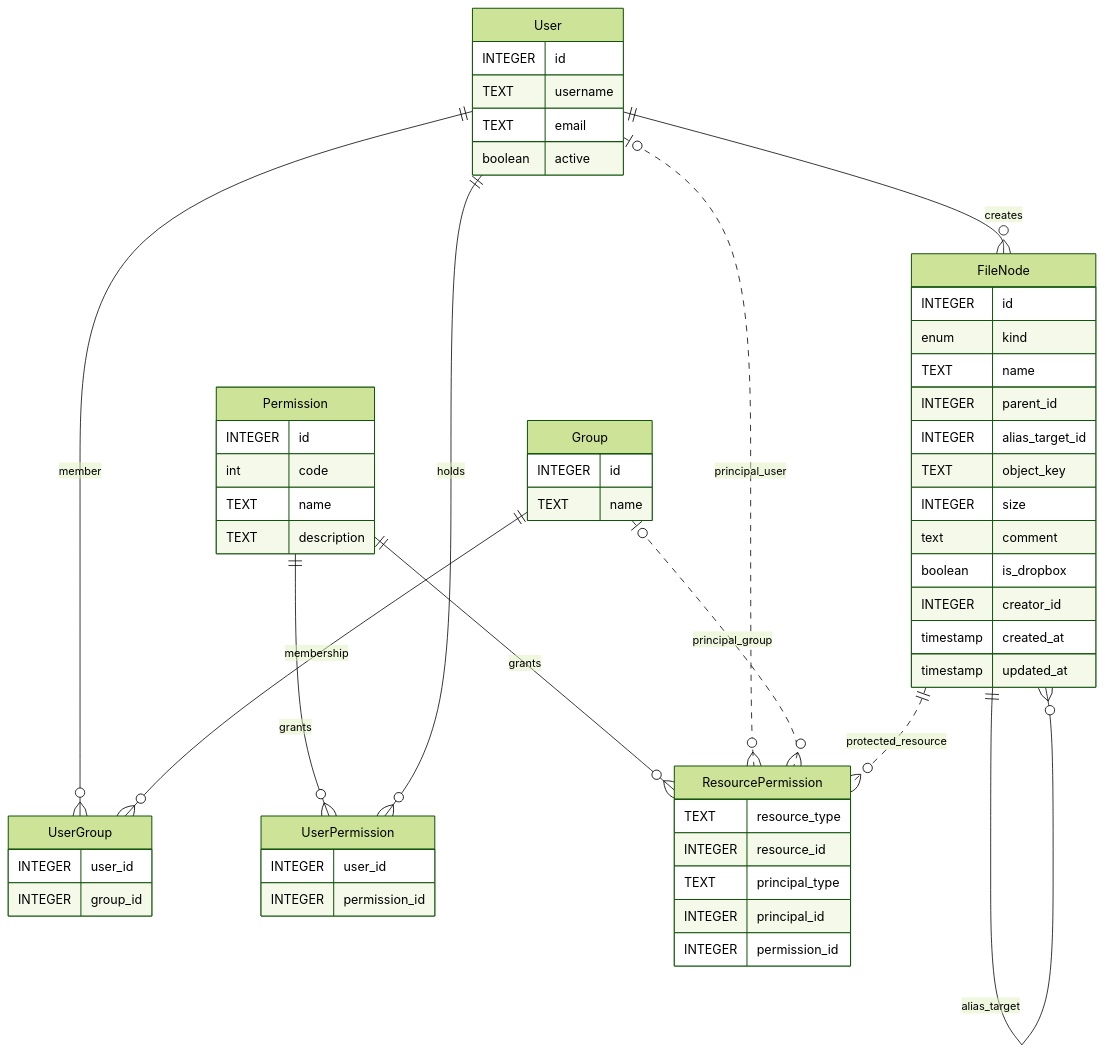
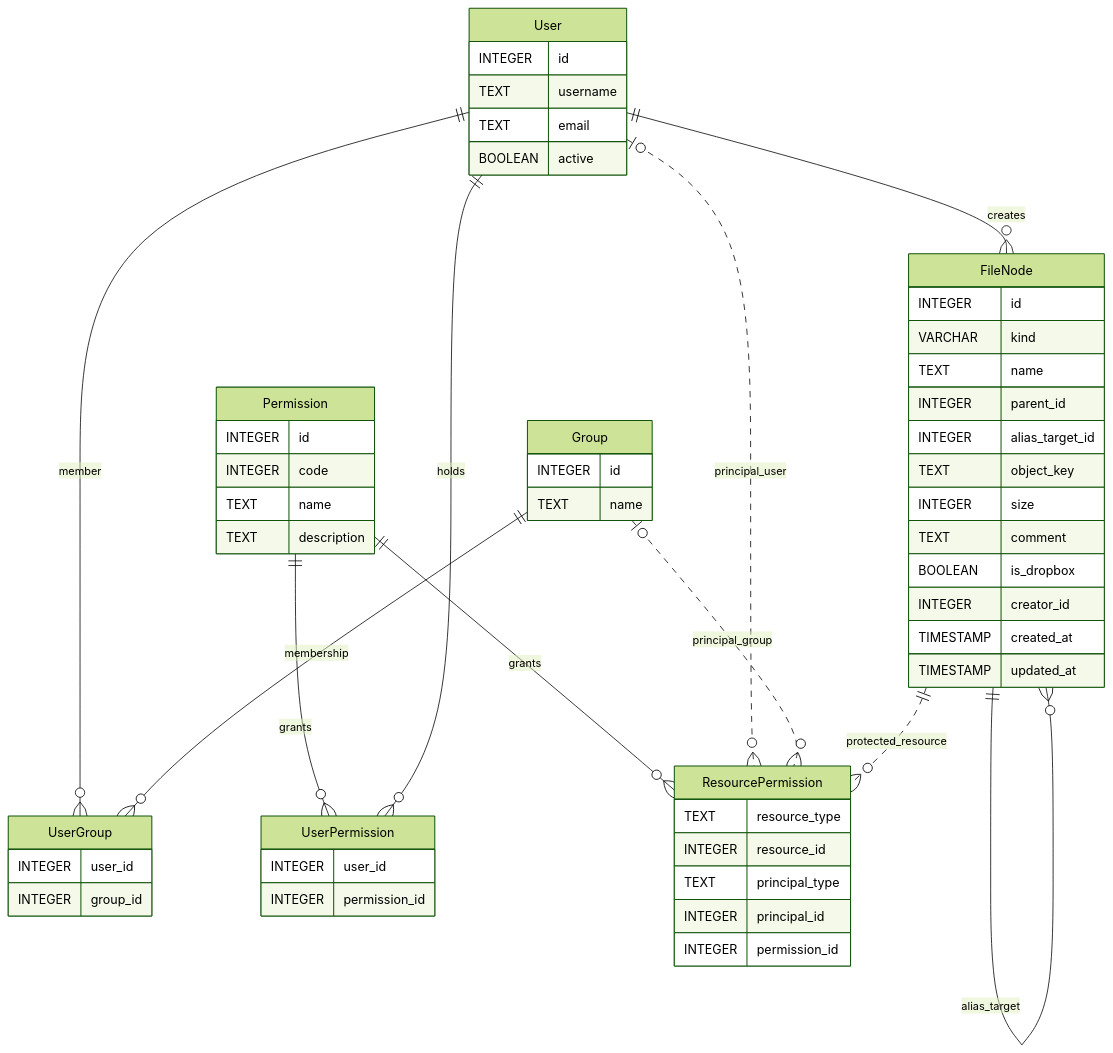
The fifth of 5 diagrams in docs/design.md (leynos/mxd), drawn with Mermaid (forest theme) before and after one commit. The commit also changed 1 other file, not shown here.

Commit message:
Fix Mermaid diagram and fixture note
Normalize the file-node ER diagram attribute types so the Mermaid validator accepts the design document. Update the execplan retrospective to describe the dual-backend test gate and the `build_test_db` skip contract for unavailable PostgreSQL fixtures.

````diff
--- a/docs/design.md
+++ b/docs/design.md
@@ -2559,75 +2559,75 @@
 ```mermaid
 erDiagram
   FileNode {
     INTEGER id
-    enum kind
+    VARCHAR kind
     TEXT name
     INTEGER parent_id
     INTEGER alias_target_id
     TEXT object_key
     INTEGER size
-    text comment
-    boolean is_dropbox
+    TEXT comment
+    BOOLEAN is_dropbox
     INTEGER creator_id
-    timestamp created_at
-    timestamp updated_at
+    TIMESTAMP created_at
+    TIMESTAMP updated_at
   }
 
   User {
     INTEGER id
     TEXT username
     TEXT email
-    boolean active
+    BOOLEAN active
   }
 
   Group {
     INTEGER id
     TEXT name
   }
 
   UserGroup {
     INTEGER user_id
     INTEGER group_id
   }
 
   Permission {
     INTEGER id
-    int code
+    INTEGER code
     TEXT name
     TEXT description
   }
 
   UserPermission {
     INTEGER user_id
     INTEGER permission_id
   }
 
   ResourcePermission {
     TEXT resource_type
     INTEGER resource_id
     TEXT principal_type
     INTEGER principal_id
     INTEGER permission_id
   }
 
   %% Hierarchy relations
   FileNode ||--o{ FileNode : parent
   FileNode ||--o{ FileNode : alias_target
 
   %% Creators
   User ||--o{ FileNode : creates
 
   %% Groups and membership
   User ||--o{ UserGroup : member
   Group ||--o{ UserGroup : membership
 
   %% Global privileges
   Permission ||--o{ UserPermission : grants
   User ||--o{ UserPermission : holds
 
   %% Shared resource ACL
   Permission ||--o{ ResourcePermission : grants
   User o|..o{ ResourcePermission : principal_user
   Group o|..o{ ResourcePermission : principal_group
   FileNode ||..o{ ResourcePermission : protected_resource
 ```
````
